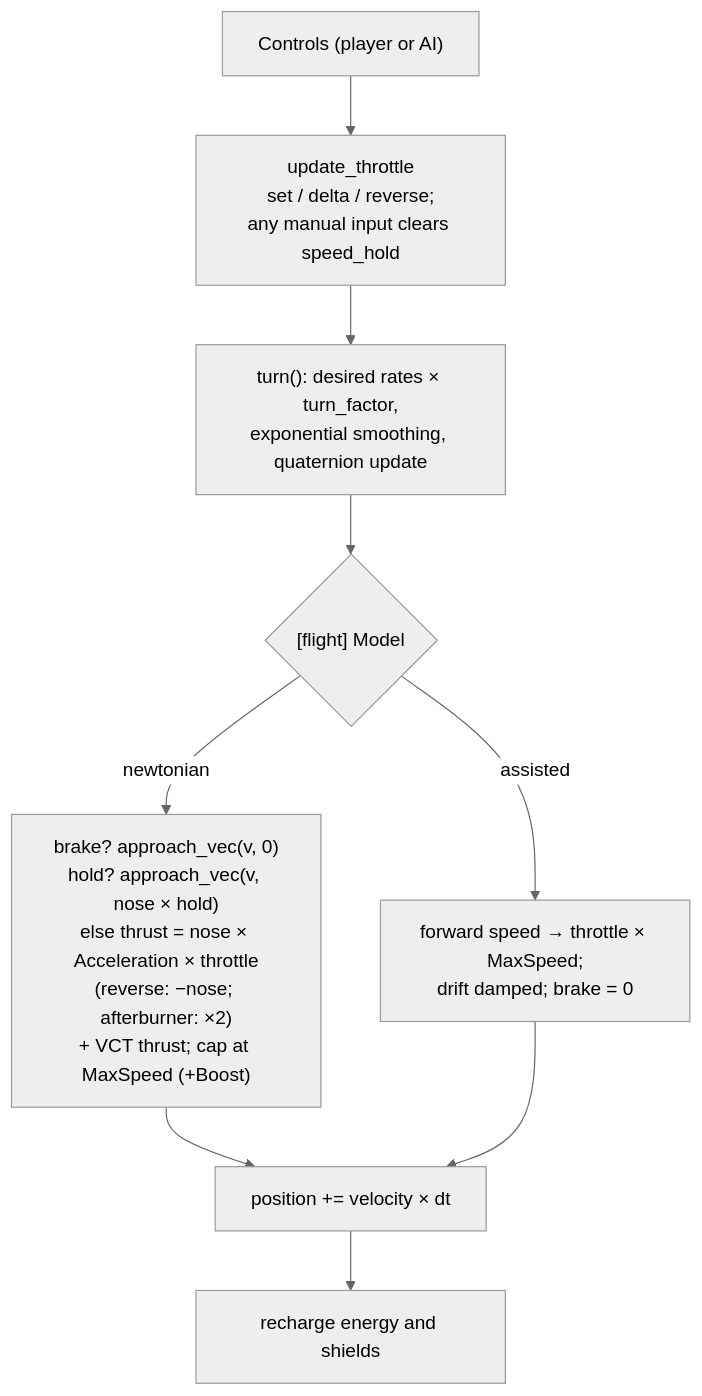
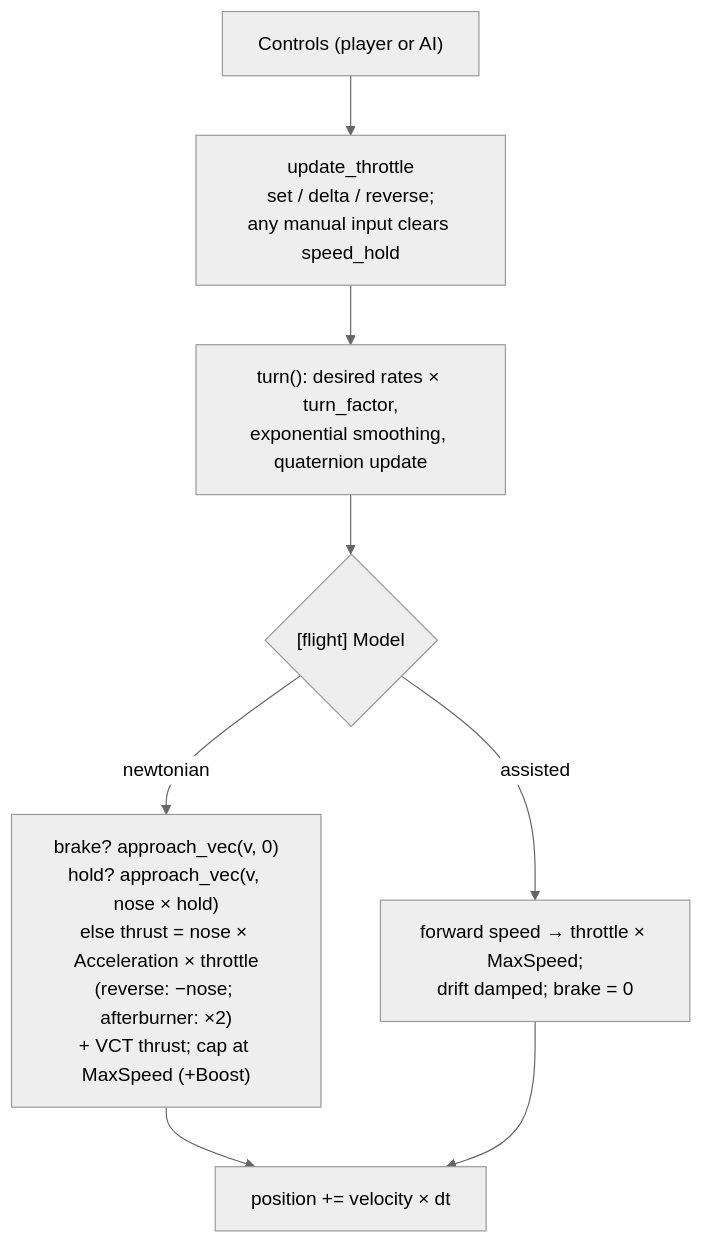
One commit to bbogovich/OpenInterceptor changed the second of 3 diagrams in docs/architecture/sim.md. Above: the diagram before and after it, drawn with Mermaid (neutral theme). The commit also changed other lines of this file and 36 other files, not shown here.

````diff
--- a/docs/architecture/sim.md
+++ b/docs/architecture/sim.md
@@ -29,11 +36,10 @@
 ```mermaid
 flowchart TD
     C["Controls (player or AI)"] --> T["update_throttle<br/>set / delta / reverse;<br/>any manual input clears speed_hold"]
     T --> R["turn(): desired rates × turn_factor,<br/>exponential smoothing, quaternion update"]
     R --> M{"[flight] Model"}
     M -- newtonian --> N["brake? approach_vec(v, 0)<br/>hold? approach_vec(v, nose × hold)<br/>else thrust = nose × Acceleration × throttle<br/>(reverse: −nose; afterburner: ×2)<br/>+ VCT thrust; cap at MaxSpeed (+Boost)"]
     M -- assisted --> A["forward speed → throttle × MaxSpeed;<br/>drift damped; brake = 0"]
     N --> P["position += velocity × dt"]
     A --> P
-    P --> E["recharge energy and shields"]
 ```
````
